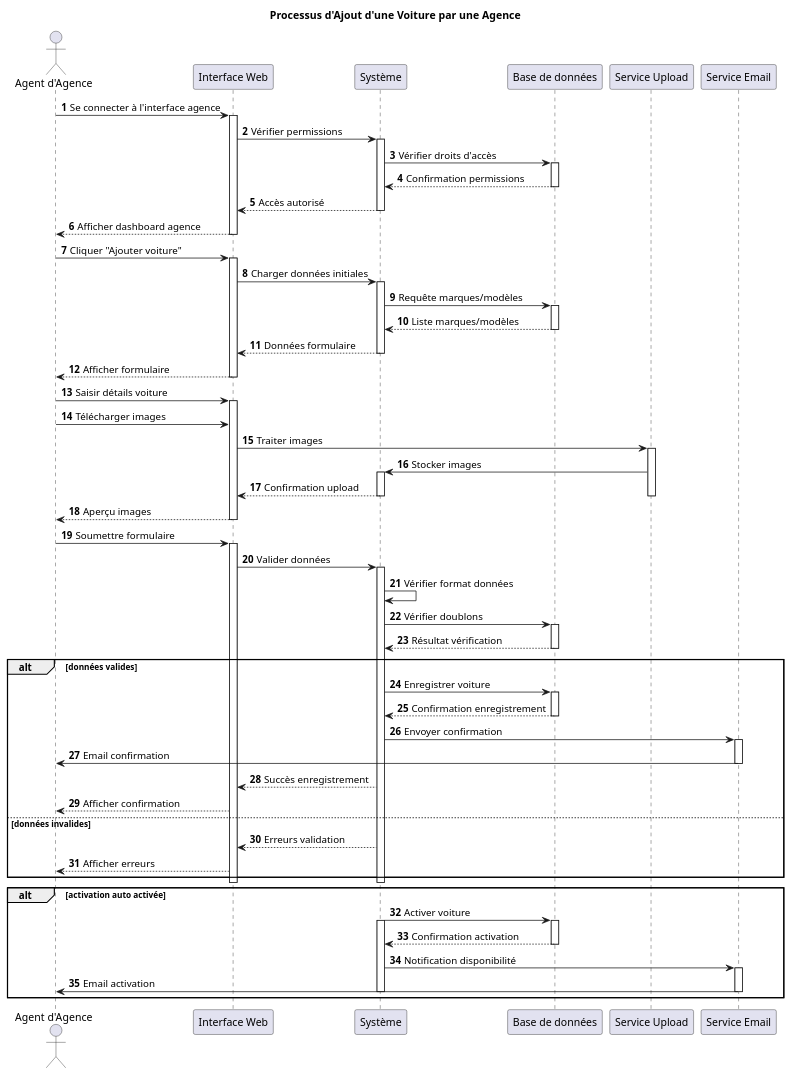
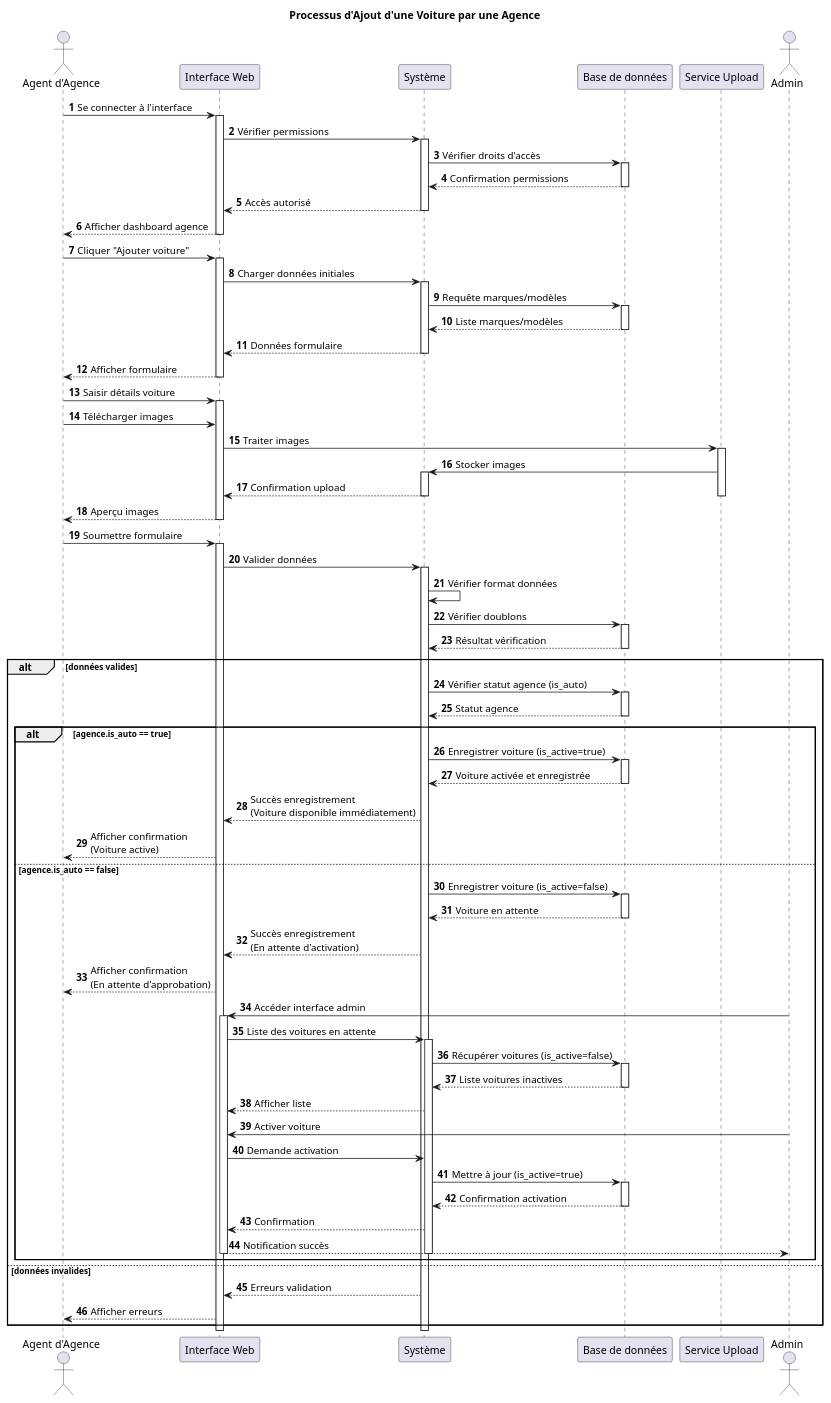
The diagram in docs/agency_add_car_sequence.md (rbenfraj46/pfe1), drawn with PlantUML before and after one commit. The commit also changed 9 other files, not shown here.

```diff
--- a/docs/agency_add_car_sequence.md
+++ b/docs/agency_add_car_sequence.md
@@ -6,12 +6,12 @@
 participant "Système" as system
 participant "Base de données" as db
 participant "Service Upload" as upload
-participant "Service Email" as email
+actor "Admin" as admin
 
 autonumber
 
 ' Authentification
-agent -> ui : Se connecter à l'interface agence
+agent -> ui : Se connecter à l'interface 
 activate ui
 ui -> system : Vérifier permissions
 activate system
@@ -64,19 +64,48 @@
 deactivate db
 
 alt données valides
-    system -> db : Enregistrer voiture
+    system -> db : Vérifier statut agence (is_auto)
     activate db
-    db --> system : Confirmation enregistrement
+    db --> system : Statut agence
     deactivate db
-    
-    ' Notification succès
-    system -> email : Envoyer confirmation
-    activate email
-    email -> agent : Email confirmation
-    deactivate email
-    
-    system --> ui : Succès enregistrement
-    ui --> agent : Afficher confirmation
+
+    alt agence.is_auto == true
+        system -> db : Enregistrer voiture (is_active=true)
+        activate db
+        db --> system : Voiture activée et enregistrée
+        deactivate db
+        system --> ui : Succès enregistrement\n(Voiture disponible immédiatement)
+        ui --> agent : Afficher confirmation\n(Voiture active)
+    else agence.is_auto == false
+        system -> db : Enregistrer voiture (is_active=false)
+        activate db
+        db --> system : Voiture en attente
+        deactivate db
+        system --> ui : Succès enregistrement\n(En attente d'activation)
+        ui --> agent : Afficher confirmation\n(En attente d'approbation)
+        
+        ' Processus d'activation manuel par l'admin
+        admin -> ui : Accéder interface admin
+        activate ui
+        ui -> system : Liste des voitures en attente
+        activate system
+        system -> db : Récupérer voitures (is_active=false)
+        activate db
+        db --> system : Liste voitures inactives
+        deactivate db
+        system --> ui : Afficher liste
+        admin -> ui : Activer voiture
+        ui -> system : Demande activation
+        system -> db : Mettre à jour (is_active=true)
+        activate db
+        db --> system : Confirmation activation
+        deactivate db
+        system --> ui : Confirmation
+        ui --> admin : Notification succès
+        deactivate system
+        deactivate ui
+    end
+
 else données invalides
     system --> ui : Erreurs validation
     ui --> agent : Afficher erreurs
@@ -84,18 +113,4 @@
 deactivate system
 deactivate ui
 
-' Activation automatique
-alt activation auto activée
-    system -> db : Activer voiture
-    activate system
-    activate db
-    db --> system : Confirmation activation
-    deactivate db
-    system -> email : Notification disponibilité
-    activate email
-    email -> agent : Email activation
-    deactivate email
-    deactivate system
-end
-
 @enduml
```
